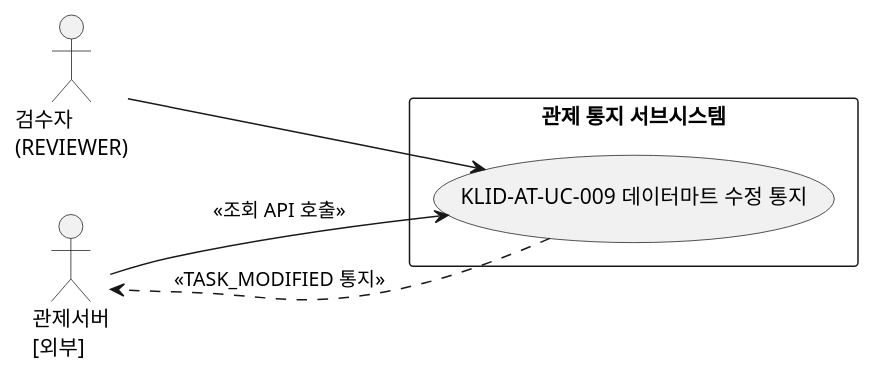
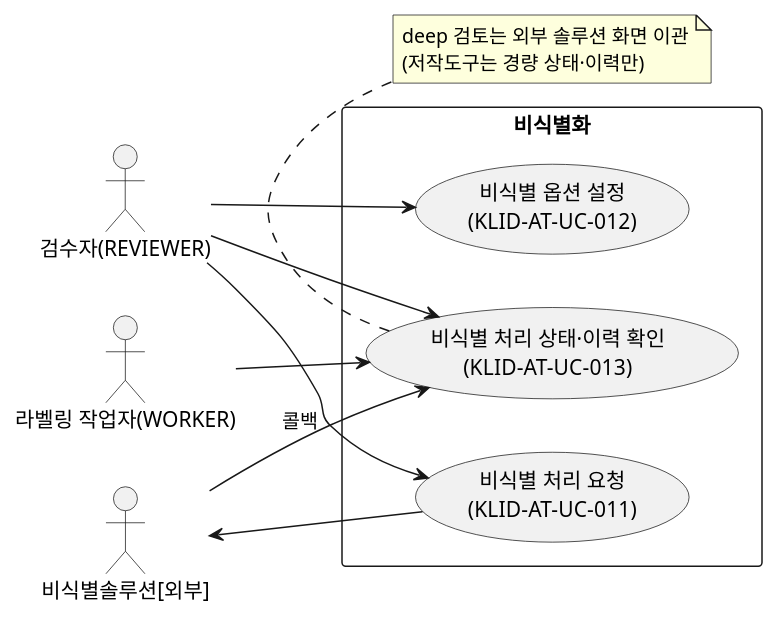
The fourth of 5 diagrams in docs/design/R2-유스케이스명세서.md (New-stella/klid-label), drawn with PlantUML before and after one commit. The commit also changed other lines of this file, not shown here.

````diff
--- a/docs/design/R2-유스케이스명세서.md
+++ b/docs/design/R2-유스케이스명세서.md
@@ -127,15 +111,20 @@
 ```plantuml
 @startuml
 left to right direction
-actor "검수자\n(REVIEWER)" as REVIEWER
-actor "관제서버\n[외부]" as CONTROL
-
-rectangle "관제 통지 서브시스템" {
-  usecase "KLID-AT-UC-009 데이터마트 수정 통지" as UC009
+actor "검수자(REVIEWER)" as REV
+actor "라벨링 작업자(WORKER)" as WK
+actor "비식별솔루션[외부]" as DEID
+rectangle "비식별화" {
+  usecase "비식별 처리 요청\n(KLID-AT-UC-011)" as UC11
+  usecase "비식별 옵션 설정\n(KLID-AT-UC-012)" as UC12
+  usecase "비식별 처리 상태·이력 확인\n(KLID-AT-UC-013)" as UC13
 }
-
-REVIEWER --> UC009
-UC009 ..> CONTROL : <<TASK_MODIFIED 통지>>
-CONTROL --> UC009 : <<조회 API 호출>>
+REV --> UC11
+REV --> UC12
+REV --> UC13
+WK --> UC13
+UC11 --> DEID
+DEID --> UC13 : 콜백
+note bottom of UC13 : deep 검토는 외부 솔루션 화면 이관\n(저작도구는 경량 상태·이력만)
 @enduml
 ```
````
